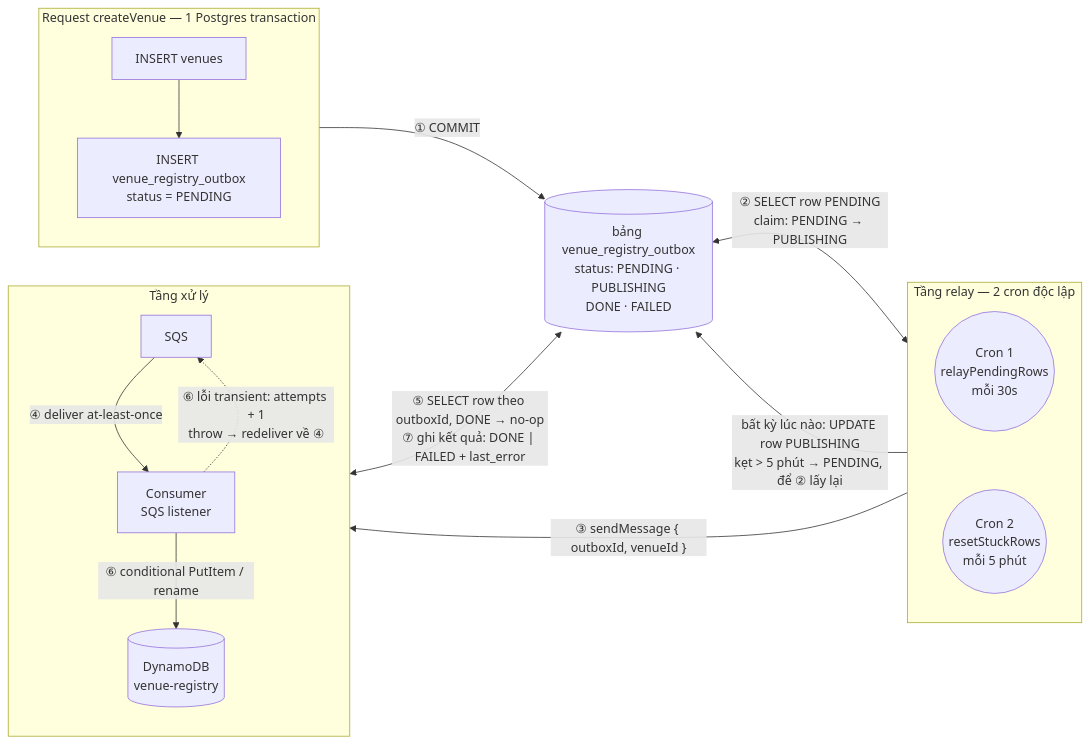
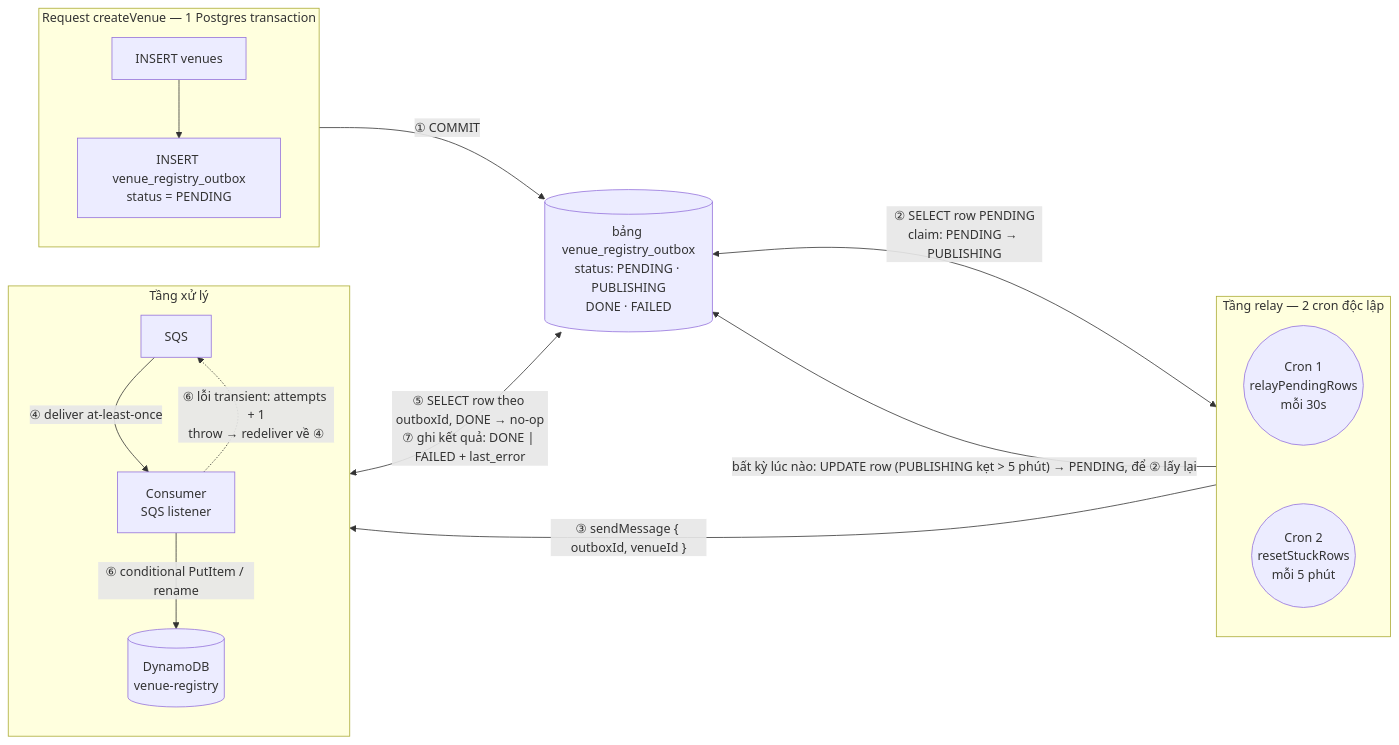
One commit to hoangb0410/project-docs changed the first of 4 diagrams in TRANSACTIONAL-OUTBOX-AND-CDC.md. Above: the diagram before and after it, drawn with Mermaid.

Commit message:
docs: update outbox

````diff
--- a/TRANSACTIONAL-OUTBOX-AND-CDC.md
+++ b/TRANSACTIONAL-OUTBOX-AND-CDC.md
@@ -41,29 +41,29 @@
 ```mermaid
 flowchart LR
     subgraph REQ["Request createVenue — 1 Postgres transaction"]
         direction TB
         A["INSERT venues"] --> B["INSERT venue_registry_outbox<br/>status = PENDING"]
     end
 
     DB[("bảng venue_registry_outbox<br/>status: PENDING · PUBLISHING<br/>DONE · FAILED")]
 
     subgraph RELAY["Tầng relay — 2 cron độc lập"]
         direction TB
         C1(("Cron 1<br/>relayPendingRows<br/>mỗi 30s"))
         C2(("Cron 2<br/>resetStuckRows<br/>mỗi 5 phút"))
         C1 ~~~ C2
     end
 
     subgraph PROC["Tầng xử lý"]
         direction TB
         Q["SQS"] -->|"④ deliver at-least-once"| W["Consumer<br/>SQS listener"]
         W -->|"⑥ conditional PutItem / rename"| DY[("DynamoDB<br/>venue-registry")]
         W -. "⑥ lỗi transient: attempts + 1<br/>throw → redeliver về ④" .-> Q
     end
 
     REQ -->|"① COMMIT"| DB
     DB <-->|"② SELECT row PENDING<br/>claim: PENDING → PUBLISHING"| C1
-    C2 -->|"bất kỳ lúc nào: UPDATE row PUBLISHING<br/>kẹt > 5 phút → PENDING, để ② lấy lại"| DB
+    C2 -->|"bất&nbsp;kỳ&nbsp;lúc&nbsp;nào:&nbsp;UPDATE&nbsp;row&nbsp;(PUBLISHING&nbsp;kẹt&nbsp;>&nbsp;5&nbsp;phút)&nbsp;→&nbsp;PENDING,&nbsp;để&nbsp;②&nbsp;lấy&nbsp;lại"| DB
     C1 -->|"③ sendMessage { outboxId, venueId }"| Q
     W <-->|"⑤ SELECT row theo outboxId, DONE → no-op<br/>⑦ ghi kết quả: DONE | FAILED + last_error"| DB
 ```
````
